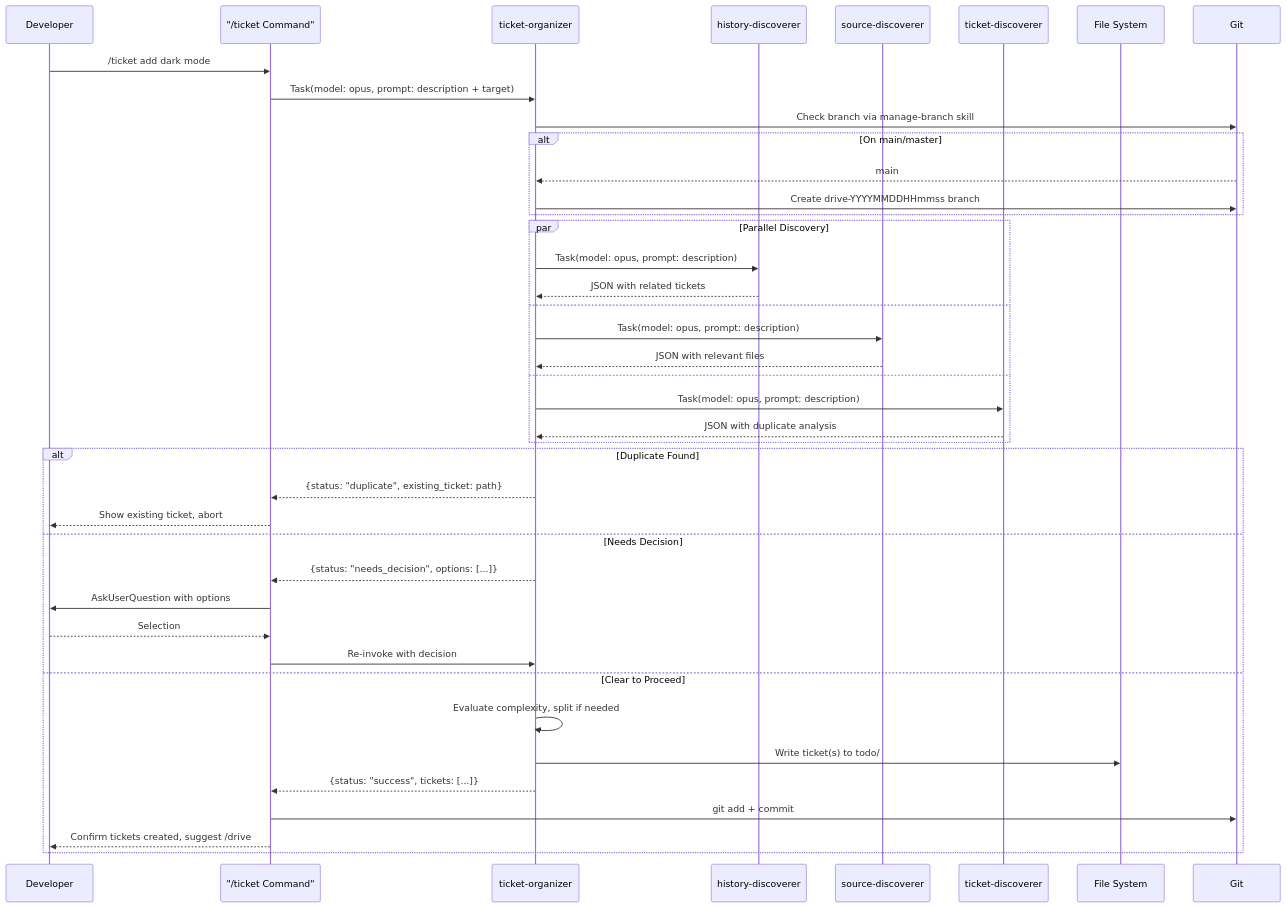
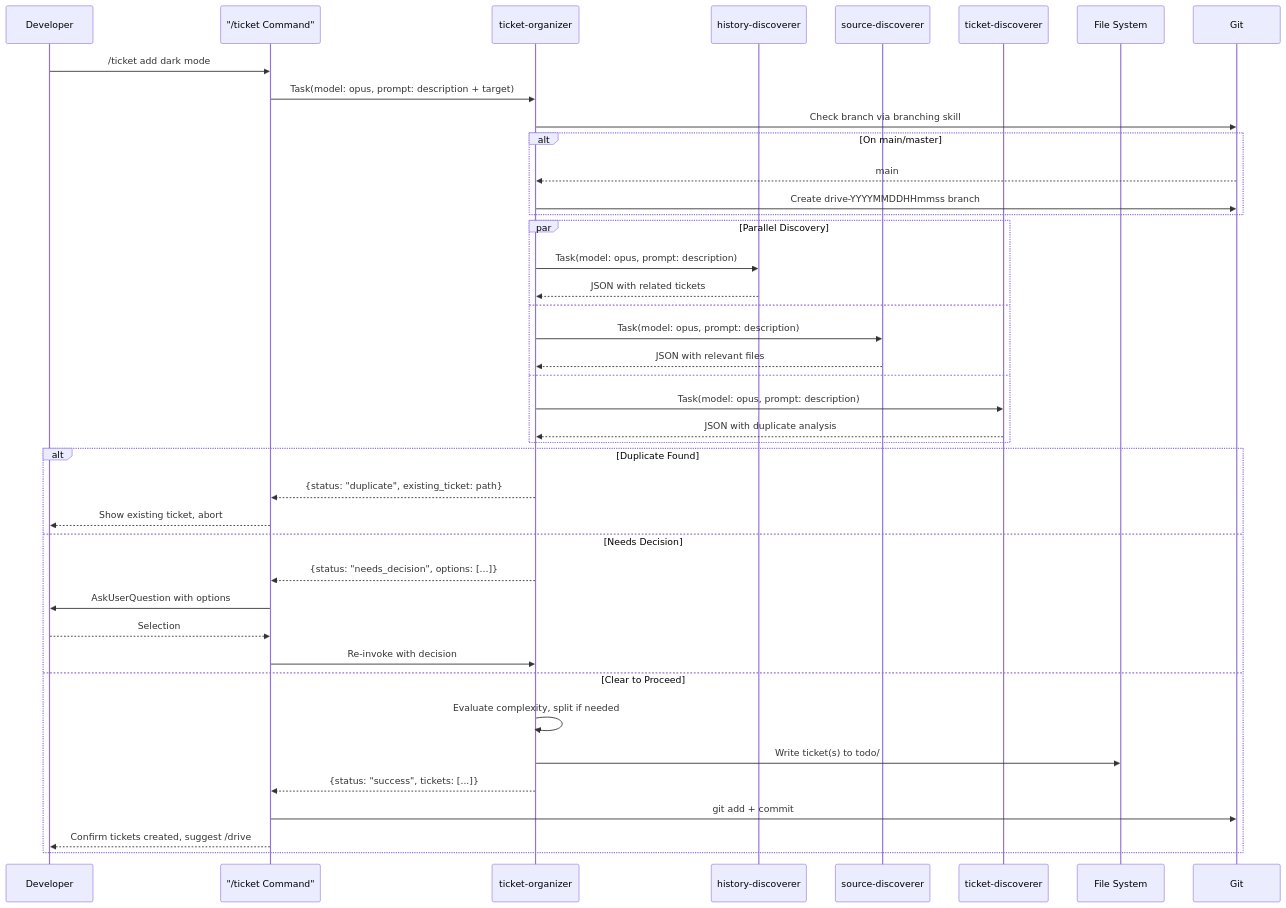
One commit to qmu/workaholic changed the first of 6 diagrams in .workaholic/specs/usecase.md. Above: the diagram before and after it, drawn with Mermaid. The commit also changed other lines of this file and 14 other files, not shown here.

````diff
--- a/.workaholic/specs/usecase.md
+++ b/.workaholic/specs/usecase.md
@@ -126,46 +126,46 @@
 ```mermaid
 sequenceDiagram
     participant Dev as Developer
     participant Cmd as "/ticket Command"
     participant TO as ticket-organizer
     participant HD as history-discoverer
     participant SD as source-discoverer
     participant TD as ticket-discoverer
     participant FS as File System
     participant Git as Git
 
     Dev->>Cmd: /ticket add dark mode
     Cmd->>TO: Task(model: opus, prompt: description + target)
-    TO->>Git: Check branch via manage-branch skill
+    TO->>Git: Check branch via branching skill
     alt On main/master
         Git-->>TO: main
         TO->>Git: Create drive-YYYYMMDDHHmmss branch
     end
 
     par Parallel Discovery
         TO->>HD: Task(model: opus, prompt: description)
         HD-->>TO: JSON with related tickets
     and
         TO->>SD: Task(model: opus, prompt: description)
         SD-->>TO: JSON with relevant files
     and
         TO->>TD: Task(model: opus, prompt: description)
         TD-->>TO: JSON with duplicate analysis
     end
 
     alt Duplicate Found
         TO-->>Cmd: {status: "duplicate", existing_ticket: path}
         Cmd-->>Dev: Show existing ticket, abort
     else Needs Decision
         TO-->>Cmd: {status: "needs_decision", options: [...]}
         Cmd->>Dev: AskUserQuestion with options
         Dev-->>Cmd: Selection
         Cmd->>TO: Re-invoke with decision
     else Clear to Proceed
         TO->>TO: Evaluate complexity, split if needed
         TO->>FS: Write ticket(s) to todo/
         TO-->>Cmd: {status: "success", tickets: [...]}
         Cmd->>Git: git add + commit
         Cmd-->>Dev: Confirm tickets created, suggest /drive
     end
 ```
````
